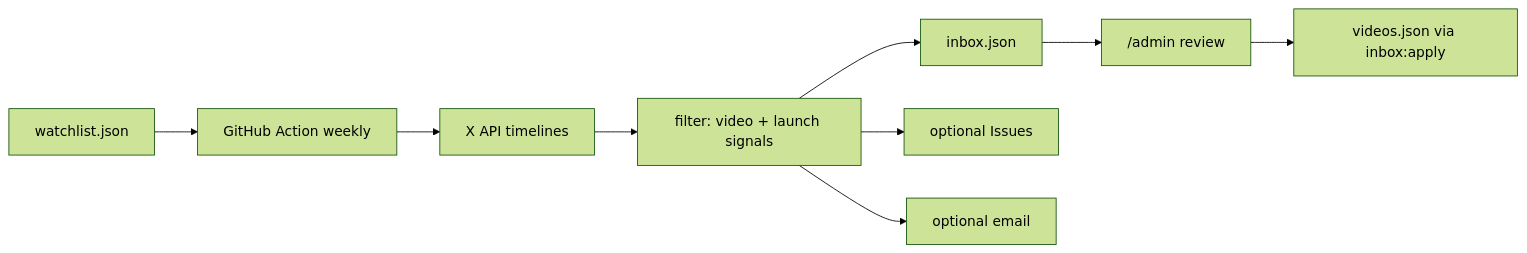
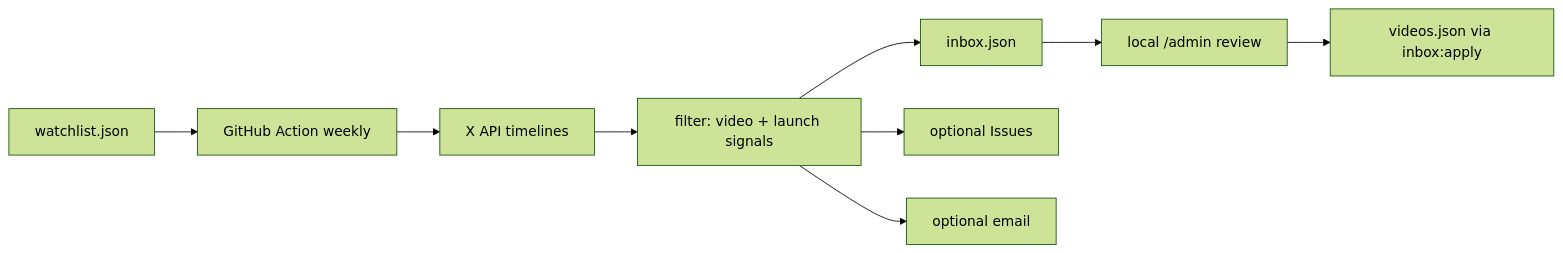
One commit to dingyi/whatships.com changed the diagram in README.md. Above: the diagram before and after it, drawn with Mermaid (forest theme). The commit also changed other lines of this file and 11 other files, not shown here.

First line of the commit message:
Keep /admin local-only and out of production builds

````diff
--- a/README.md
+++ b/README.md
@@ -72,11 +72,11 @@
 ```mermaid
 flowchart LR
   W[watchlist.json] --> J[GitHub Action weekly]
   J --> X[X API timelines]
   X --> F[filter: video + launch signals]
   F --> Q[inbox.json]
   F --> I[optional Issues]
   F --> E[optional email]
-  Q --> A["/admin review"]
+  Q --> A["local /admin review"]
   A --> V[videos.json via inbox:apply]
 ```
````
